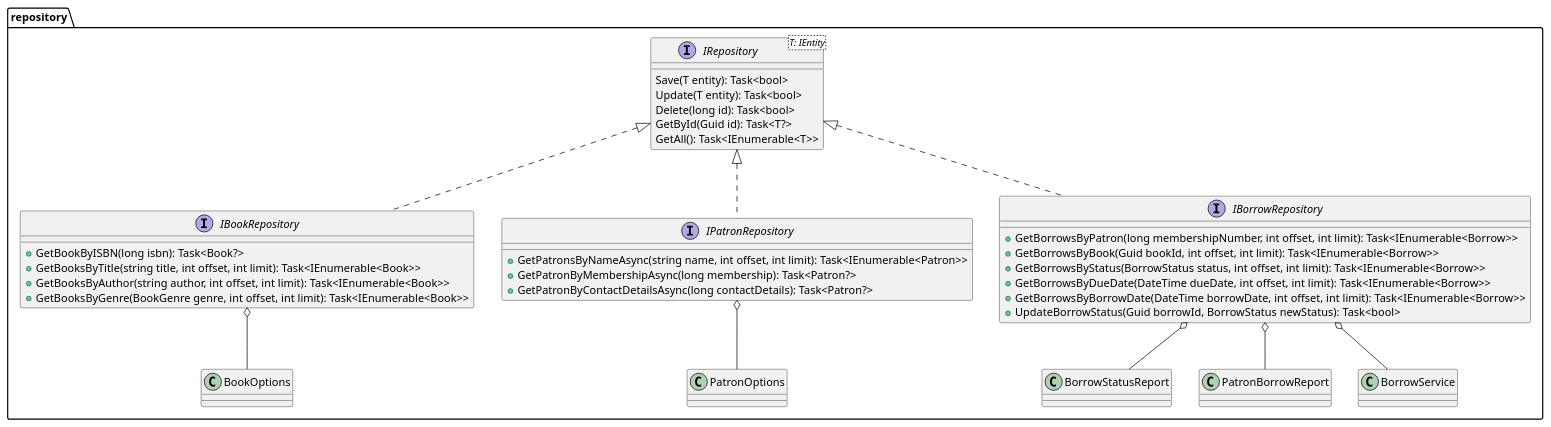
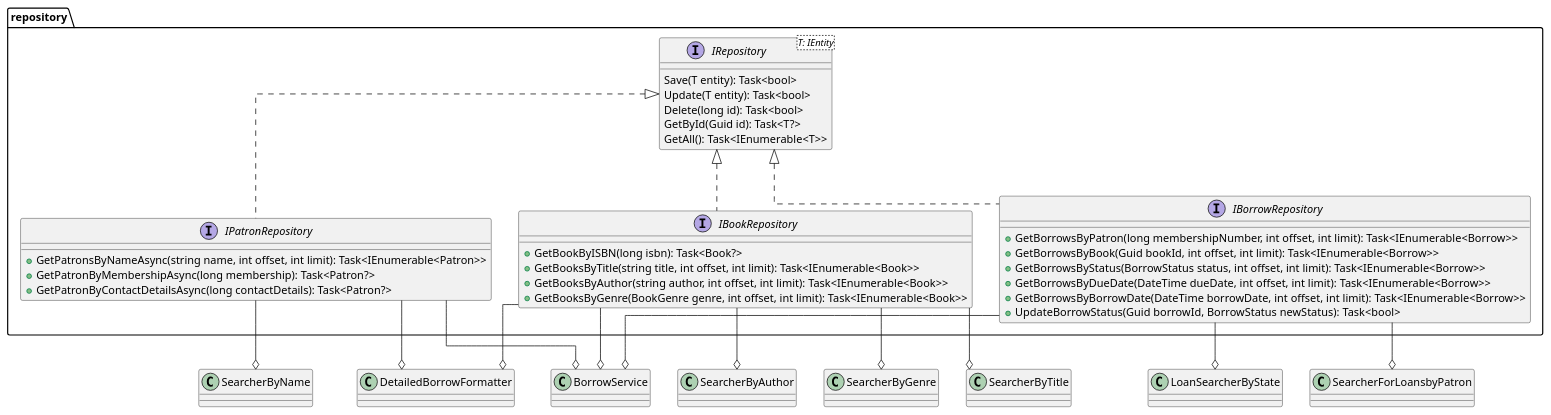
One commit to programacion-6/Opcion1LosBorbotones changed the diagram in system-design/class-diagram/domain/repository.puml. Above: the diagram before and after it, drawn with PlantUML. The commit also changed 10 other files, not shown here.

```diff
--- a/system-design/class-diagram/domain/repository.puml
+++ b/system-design/class-diagram/domain/repository.puml
@@ -1,41 +1,52 @@
 @startuml
+skinparam linetype ortho
+
 package repository {
     interface IBookRepository {
         + GetBookByISBN(long isbn): Task<Book?>
         + GetBooksByTitle(string title, int offset, int limit): Task<IEnumerable<Book>>
         + GetBooksByAuthor(string author, int offset, int limit): Task<IEnumerable<Book>>
         + GetBooksByGenre(BookGenre genre, int offset, int limit): Task<IEnumerable<Book>>
     }
-    IBookRepository o-- BookOptions
 
     interface IPatronRepository {
         + GetPatronsByNameAsync(string name, int offset, int limit): Task<IEnumerable<Patron>>
         + GetPatronByMembershipAsync(long membership): Task<Patron?>
         + GetPatronByContactDetailsAsync(long contactDetails): Task<Patron?>
     }
-    IPatronRepository o-- PatronOptions
 
     interface IBorrowRepository {
         + GetBorrowsByPatron(long membershipNumber, int offset, int limit): Task<IEnumerable<Borrow>>
         + GetBorrowsByBook(Guid bookId, int offset, int limit): Task<IEnumerable<Borrow>>
         + GetBorrowsByStatus(BorrowStatus status, int offset, int limit): Task<IEnumerable<Borrow>>
         + GetBorrowsByDueDate(DateTime dueDate, int offset, int limit): Task<IEnumerable<Borrow>>
         + GetBorrowsByBorrowDate(DateTime borrowDate, int offset, int limit): Task<IEnumerable<Borrow>>
         + UpdateBorrowStatus(Guid borrowId, BorrowStatus newStatus): Task<bool>
     }
-    IBorrowRepository o-- BorrowStatusReport
-    IBorrowRepository o-- PatronBorrowReport
-    IBorrowRepository o-- BorrowService
 
     interface IRepository<T: IEntity> {
          Save(T entity): Task<bool>
          Update(T entity): Task<bool>
          Delete(long id): Task<bool>
          GetById(Guid id): Task<T?>
          GetAll(): Task<IEnumerable<T>>
     }
     IRepository <|.. IBookRepository
     IRepository <|.. IPatronRepository
     IRepository <|.. IBorrowRepository
 }
+
+IBookRepository --o DetailedBorrowFormatter
+IBookRepository --o BorrowService
+IBookRepository --o SearcherByAuthor
+IBookRepository --o SearcherByGenre
+IBookRepository --o SearcherByTitle
+
+IBorrowRepository --o LoanSearcherByState
+IBorrowRepository --o BorrowService
+IBorrowRepository --o SearcherForLoansbyPatron
+
+IPatronRepository --o SearcherByName
+IPatronRepository --o BorrowService
+IPatronRepository --o DetailedBorrowFormatter
 @enduml
```
